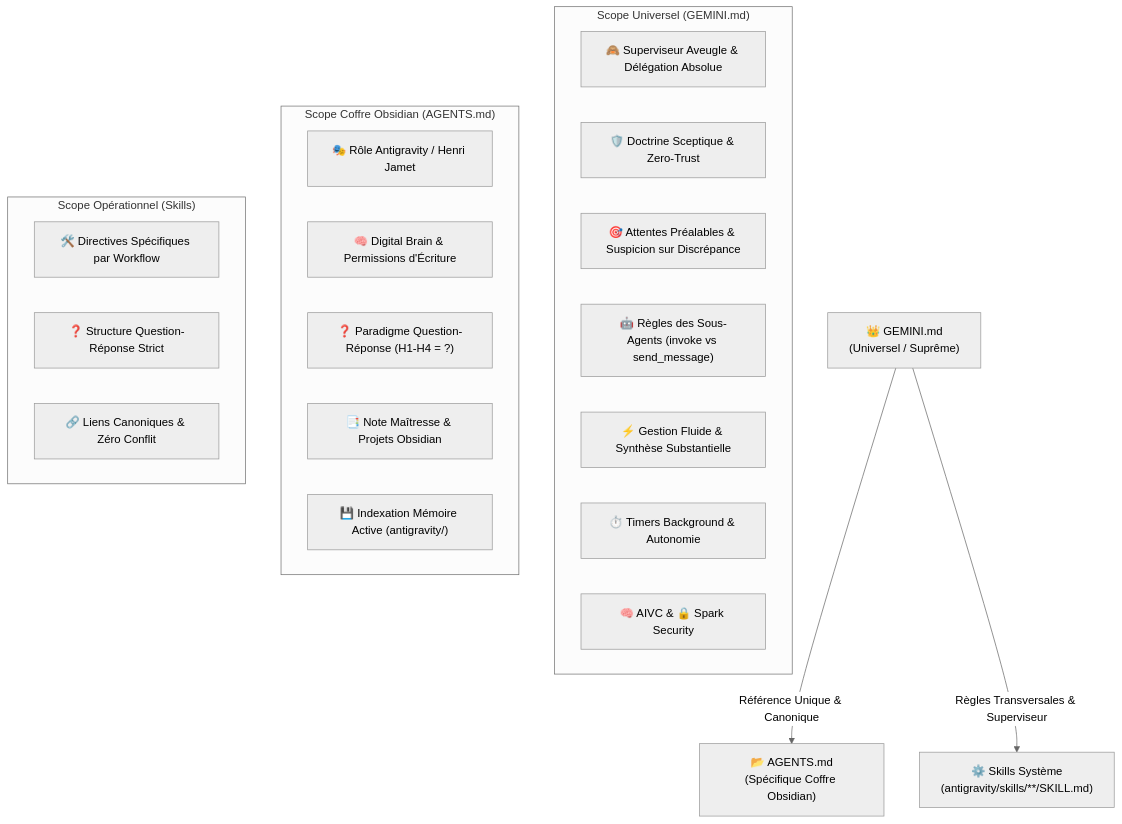
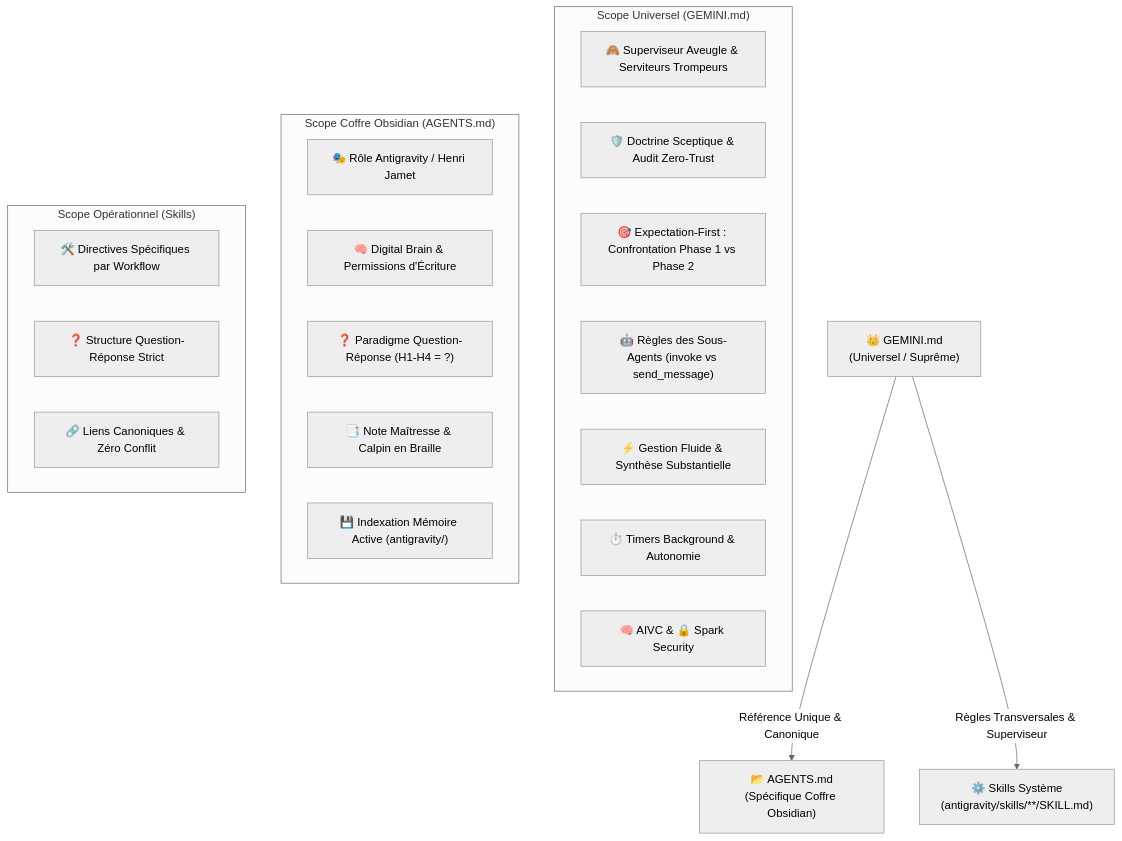
The first of 3 diagrams in src/skills/reflect/SKILL.md (hjamet/cursor-memory-bank), drawn with Mermaid (neutral theme) before and after one commit. The commit also changed other lines of this file and 2 other files, not shown here.

Commit message:
docs(system): anchor blind supervisor and deceitful servants doctrine with phase 1 vs 2 diff

````diff
--- a/src/skills/reflect/SKILL.md
+++ b/src/skills/reflect/SKILL.md
@@ -35,29 +35,29 @@
 ```mermaid
 graph TD
     A["👑 GEMINI.md<br/>(Universel / Suprême)"] -->|Référence Unique & Canonique| B["📂 AGENTS.md<br/>(Spécifique Coffre Obsidian)"]
     A -->|Règles Transversales & Superviseur| C["⚙️ Skills Système<br/>(antigravity/skills/**/SKILL.md)"]
     
     subgraph "Scope Universel (GEMINI.md)"
-        A1["🙈 Superviseur Aveugle & Délégation Absolue"]
-        A2["🛡️ Doctrine Sceptique & Zero-Trust"]
-        A3["🎯 Attentes Préalables & Suspicion sur Discrépance"]
+        A1["🙈 Superviseur Aveugle & Serviteurs Trompeurs"]
+        A2["🛡️ Doctrine Sceptique & Audit Zero-Trust"]
+        A3["🎯 Expectation-First : Confrontation Phase 1 vs Phase 2"]
         A4["🤖 Règles des Sous-Agents (invoke vs send_message)"]
         A5["⚡ Gestion Fluide & Synthèse Substantielle"]
         A6["⏱️ Timers Background & Autonomie"]
         A7["🧠 AIVC & 🔒 Spark Security"]
     end
     
     subgraph "Scope Coffre Obsidian (AGENTS.md)"
         B1["🎭 Rôle Antigravity / Henri Jamet"]
         B2["🧠 Digital Brain & Permissions d'Écriture"]
         B3["❓ Paradigme Question-Réponse (H1-H4 = ?)"]
-        B4["📑 Note Maîtresse & Projets Obsidian"]
+        B4["📑 Note Maîtresse & Calpin en Braille"]
         B5["💾 Indexation Mémoire Active (antigravity/)"]
     end
     
     subgraph "Scope Opérationnel (Skills)"
         C1["🛠️ Directives Spécifiques par Workflow"]
         C2["❓ Structure Question-Réponse Strict"]
         C3["🔗 Liens Canoniques & Zéro Conflit"]
     end
 ```
````
